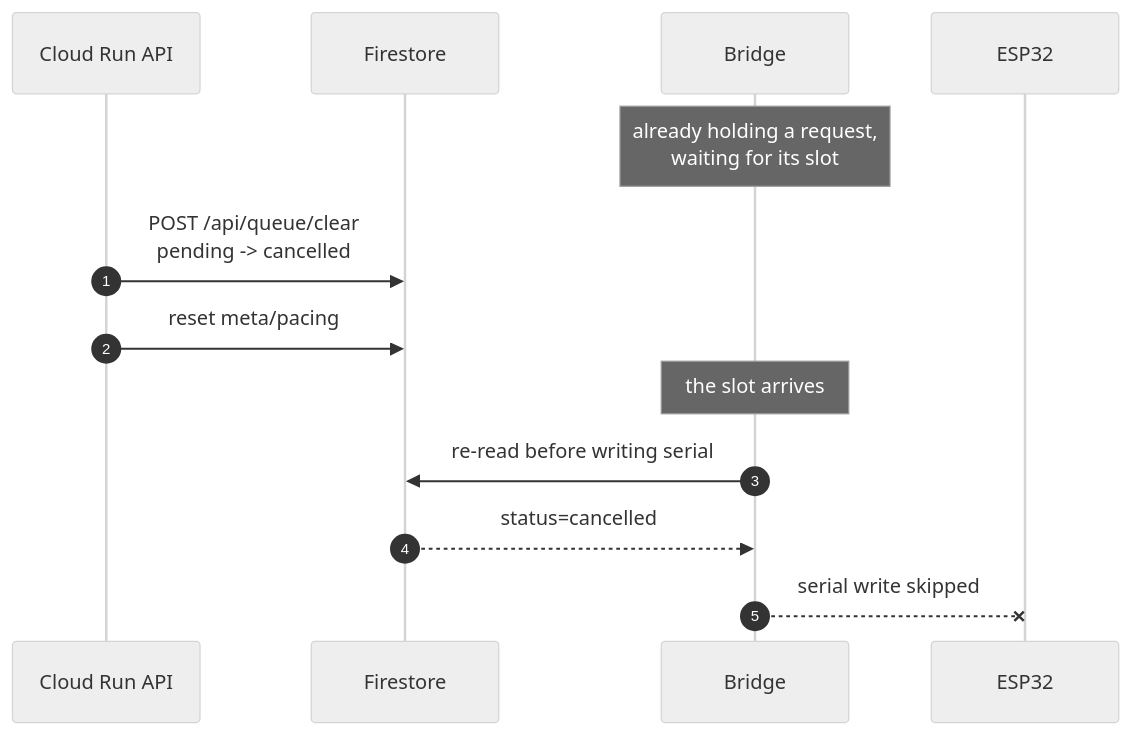
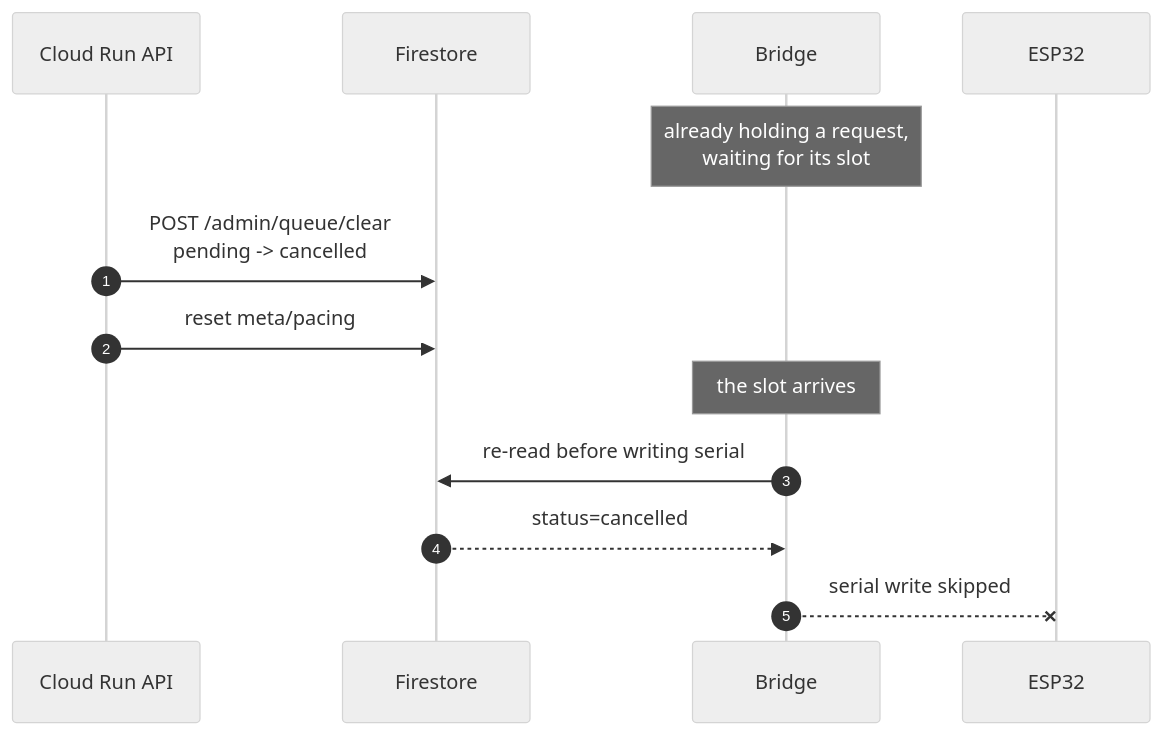
Before and after one commit to nrodd/rgboo: the third of 3 diagrams in docs/architecture.md, drawn with Mermaid (neutral theme). The commit also changed other lines of this file and 25 other files, not shown here.

Commit message:
infra/admin api

````diff
--- a/docs/architecture.md
+++ b/docs/architecture.md
@@ -108,16 +108,16 @@
 ```mermaid
 sequenceDiagram
   autonumber
   participant A as Cloud Run API
   participant FS as Firestore
   participant BR as Bridge
   participant E as ESP32
 
   Note over BR: already holding a request,<br/>waiting for its slot
-  A->>FS: POST /api/queue/clear<br/>pending -> cancelled
+  A->>FS: POST /admin/queue/clear<br/>pending -> cancelled
   A->>FS: reset meta/pacing
   Note over BR: the slot arrives
   BR->>FS: re-read before writing serial
   FS-->>BR: status=cancelled
   BR--xE: serial write skipped
 ```
````
